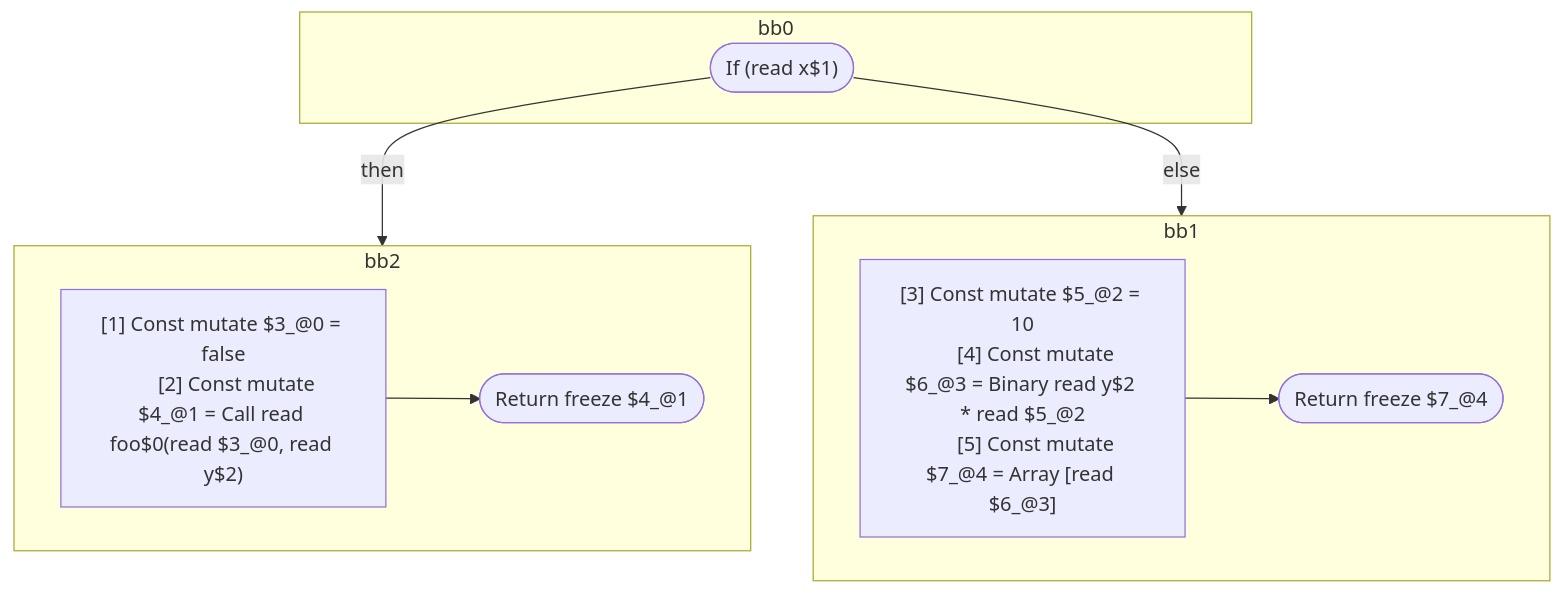
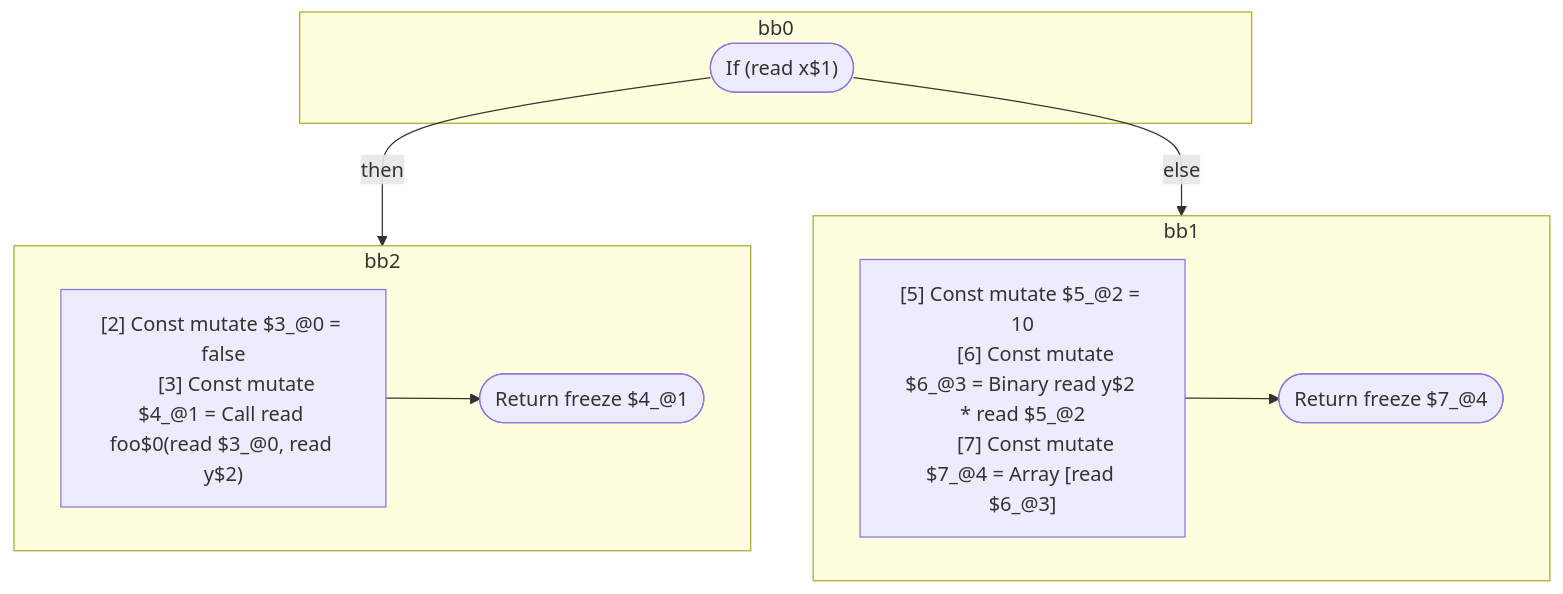
Before and after one commit to wutsmog/private: the diagram in compiler/forget/src/__tests__/fixtures/hir/simple.expect.md, drawn with Mermaid. The commit also changed other lines of this file and 61 other files, not shown here.

````diff
--- a/compiler/forget/src/__tests__/fixtures/hir/simple.expect.md
+++ b/compiler/forget/src/__tests__/fixtures/hir/simple.expect.md
@@ -34,27 +34,27 @@
 ```mermaid
 flowchart TB
   %% Basic Blocks
   subgraph bb0
     bb0_terminal(["If (read x$1)"])
   end
   subgraph bb2
     bb2_instrs["
-      [1] Const mutate $3_@0 = false
-      [2] Const mutate $4_@1 = Call read foo$0(read $3_@0, read y$2)
+      [2] Const mutate $3_@0 = false
+      [3] Const mutate $4_@1 = Call read foo$0(read $3_@0, read y$2)
     "]
     bb2_instrs --> bb2_terminal(["Return freeze $4_@1"])
   end
   subgraph bb1
     bb1_instrs["
-      [3] Const mutate $5_@2 = 10
-      [4] Const mutate $6_@3 = Binary read y$2 * read $5_@2
-      [5] Const mutate $7_@4 = Array [read $6_@3]
+      [5] Const mutate $5_@2 = 10
+      [6] Const mutate $6_@3 = Binary read y$2 * read $5_@2
+      [7] Const mutate $7_@4 = Array [read $6_@3]
     "]
     bb1_instrs --> bb1_terminal(["Return freeze $7_@4"])
   end
 
   %% Jumps
   bb0_terminal -- "then" --> bb2
   bb0_terminal -- "else" --> bb1
 
 ```
````
